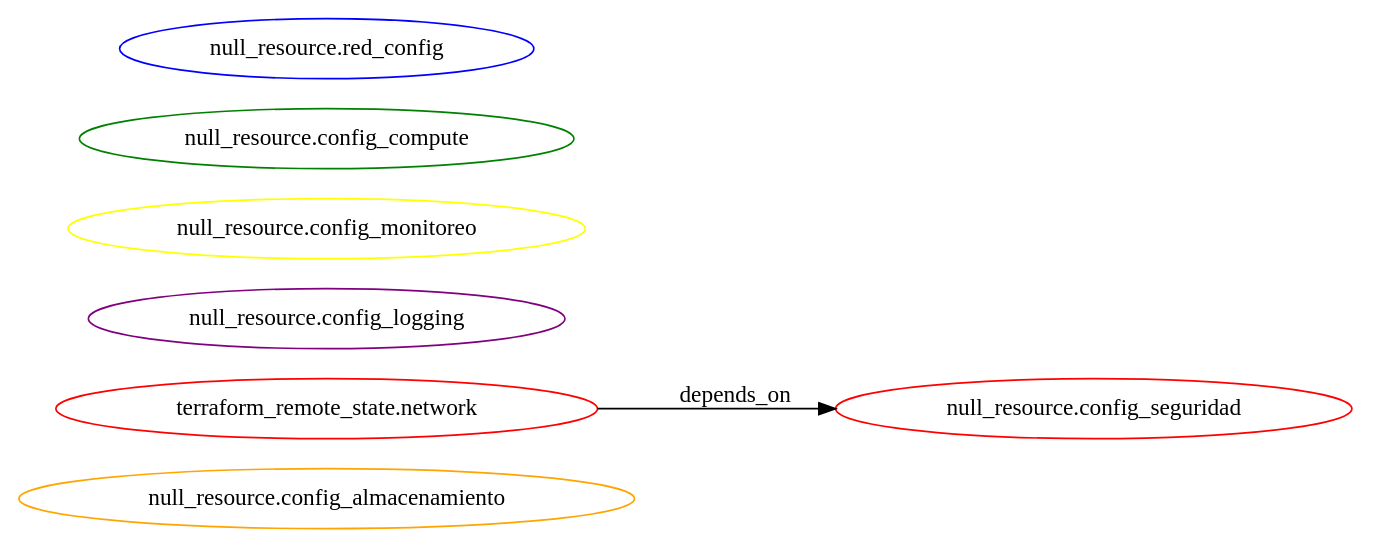
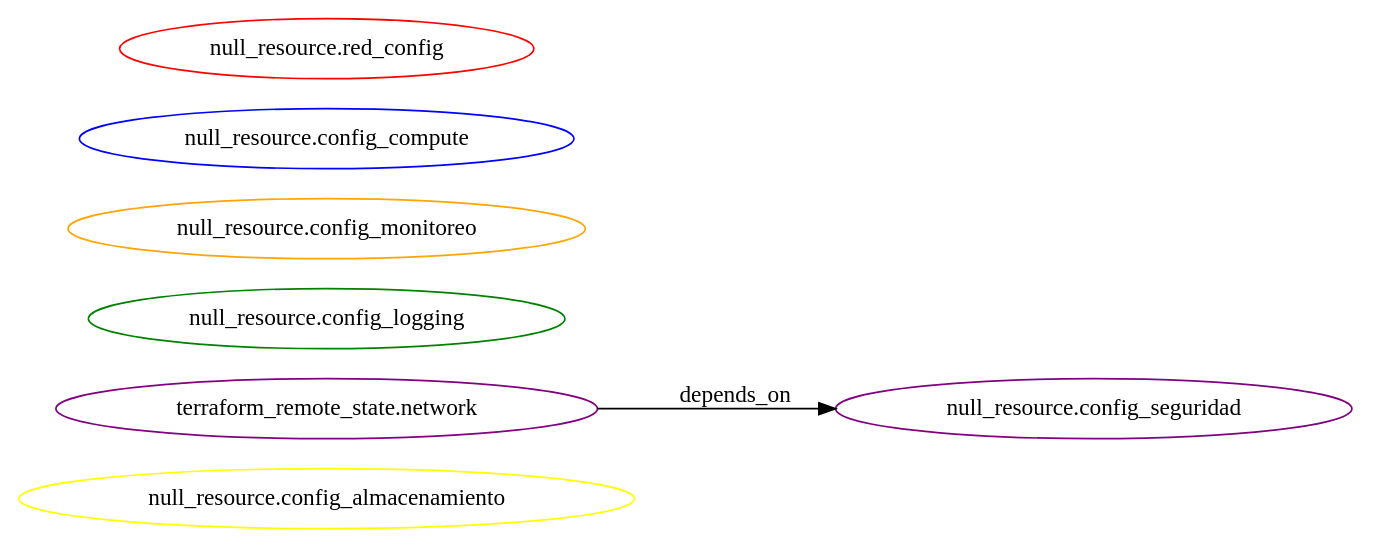
The diagram in docs/diagrama_red.dot (bxcowo/PracticaCalificada3_Grupo5), drawn with Graphviz before and after one commit. The commit also changed 1 other file, not shown here.

Commit message:
refactor(diagram): implement cyclic color assignment for module scalability

```diff
--- a/docs/diagrama_red.dot
+++ b/docs/diagrama_red.dot
@@ -1,11 +1,11 @@
 digraph G {
 rankdir=LR
-    "null_resource.config_almacenamiento" [label="null_resource.config_almacenamiento", color=orange]
-    "terraform_remote_state.network" [label="terraform_remote_state.network", color=red]
-    "null_resource.config_seguridad" [label="null_resource.config_seguridad", color=red]
+    "null_resource.config_almacenamiento" [label="null_resource.config_almacenamiento", color=yellow]
+    "terraform_remote_state.network" [label="terraform_remote_state.network", color=purple]
+    "null_resource.config_seguridad" [label="null_resource.config_seguridad", color=purple]
     "terraform_remote_state.network" -> "null_resource.config_seguridad" [label="depends_on"]
-    "null_resource.config_logging" [label="null_resource.config_logging", color=purple]
-    "null_resource.config_monitoreo" [label="null_resource.config_monitoreo", color=yellow]
-    "null_resource.config_compute" [label="null_resource.config_compute", color=green]
-    "null_resource.red_config" [label="null_resource.red_config", color=blue]
+    "null_resource.config_logging" [label="null_resource.config_logging", color=green]
+    "null_resource.config_monitoreo" [label="null_resource.config_monitoreo", color=orange]
+    "null_resource.config_compute" [label="null_resource.config_compute", color=blue]
+    "null_resource.red_config" [label="null_resource.red_config", color=red]
 }
```
